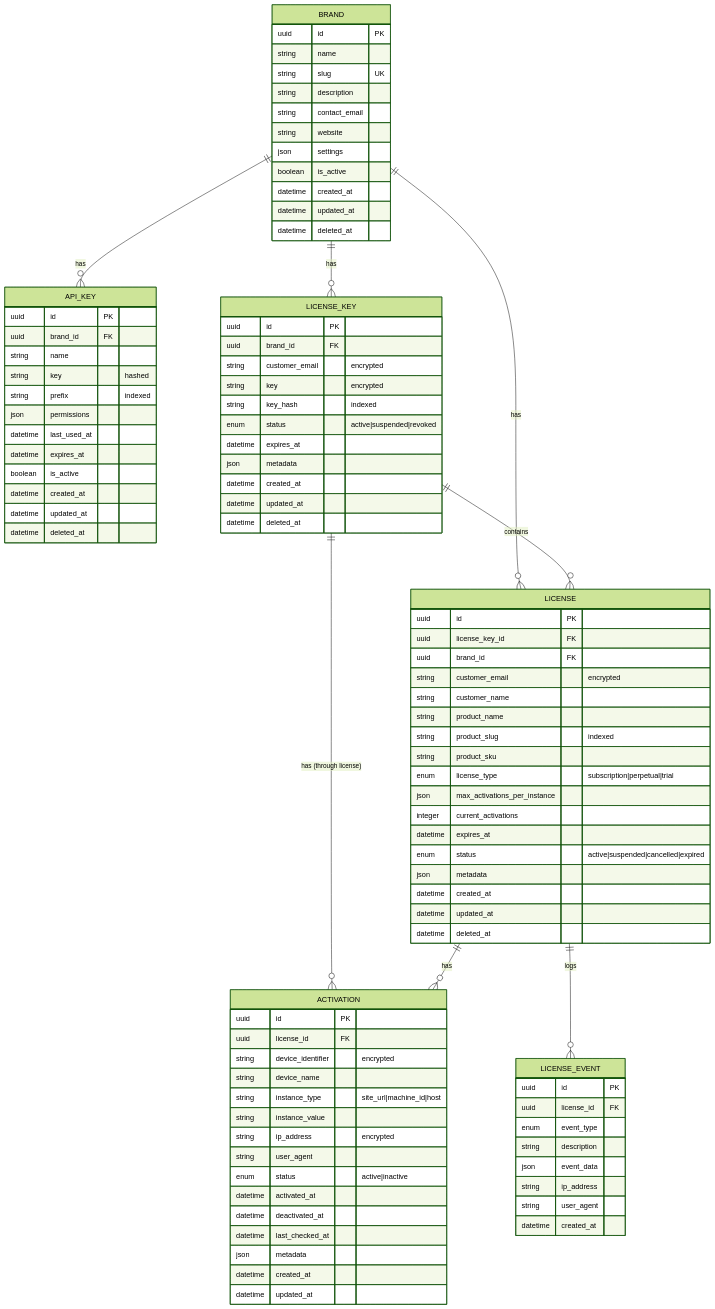
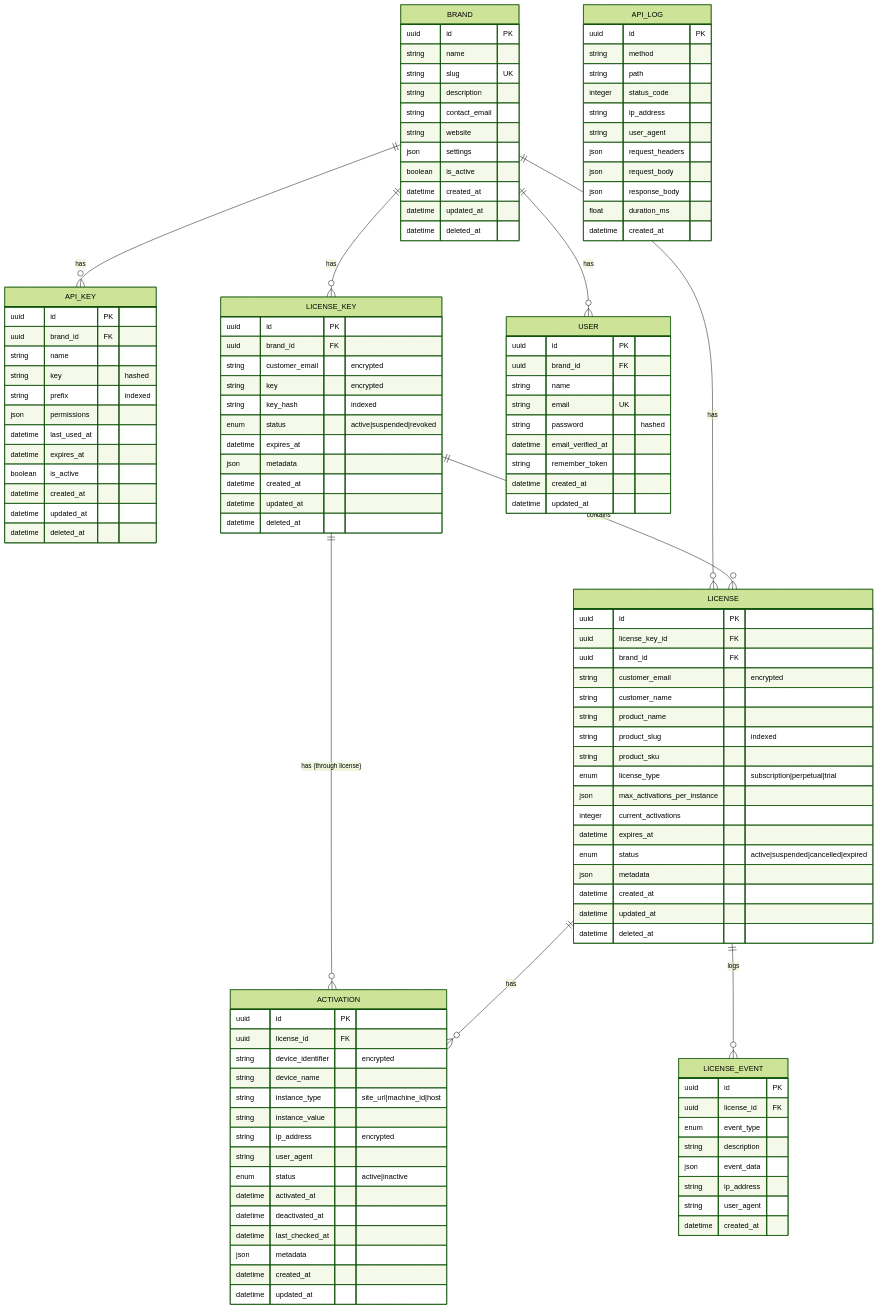
One commit to abdulsamad245/group.one-technical-assessment changed the third of 5 diagrams in Explanation.md. Above: the diagram before and after it, drawn with Mermaid (forest theme). The commit also changed other lines of this file and 208 other files, not shown here.

````diff
--- a/Explanation.md
+++ b/Explanation.md
@@ -329,6 +331,7 @@
     BRAND ||--o{ LICENSE : "has"
     BRAND ||--o{ API_KEY : "has"
     BRAND ||--o{ LICENSE_KEY : "has"
+    BRAND ||--o{ USER : "has"
     LICENSE_KEY ||--o{ LICENSE : "contains"
     LICENSE_KEY ||--o{ ACTIVATION : "has (through license)"
     LICENSE ||--o{ ACTIVATION : "has"
@@ -346,6 +349,18 @@
         datetime created_at
         datetime updated_at
         datetime deleted_at
+    }
+
+    USER {
+        uuid id PK
+        uuid brand_id FK
+        string name
+        string email UK
+        string password "hashed"
+        datetime email_verified_at
+        string remember_token
+        datetime created_at
+        datetime updated_at
     }
 
     LICENSE_KEY {
@@ -425,4 +440,18 @@
         string user_agent
         datetime created_at
     }
+
+    API_LOG {
+        uuid id PK
+        string method
+        string path
+        integer status_code
+        string ip_address
+        string user_agent
+        json request_headers
+        json request_body
+        json response_body
+        float duration_ms
+        datetime created_at
+    }
 ```
````
